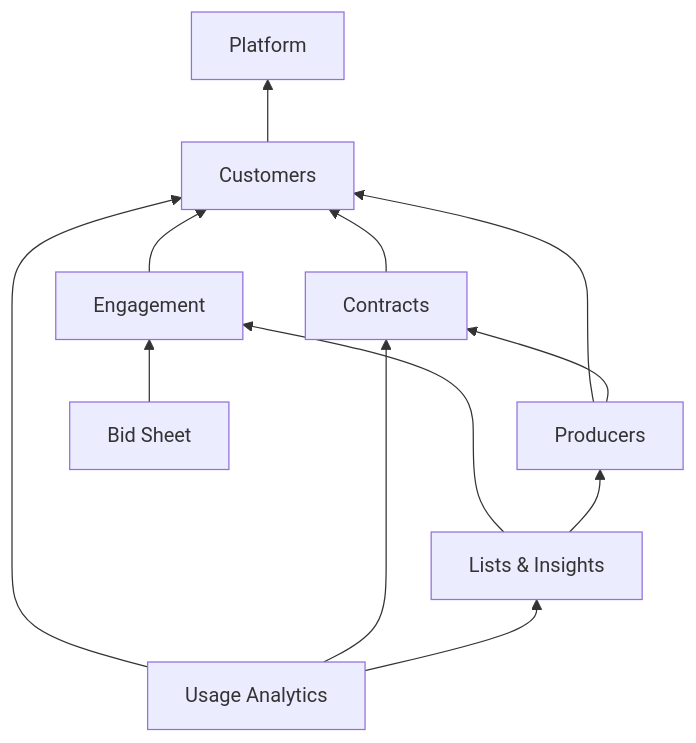
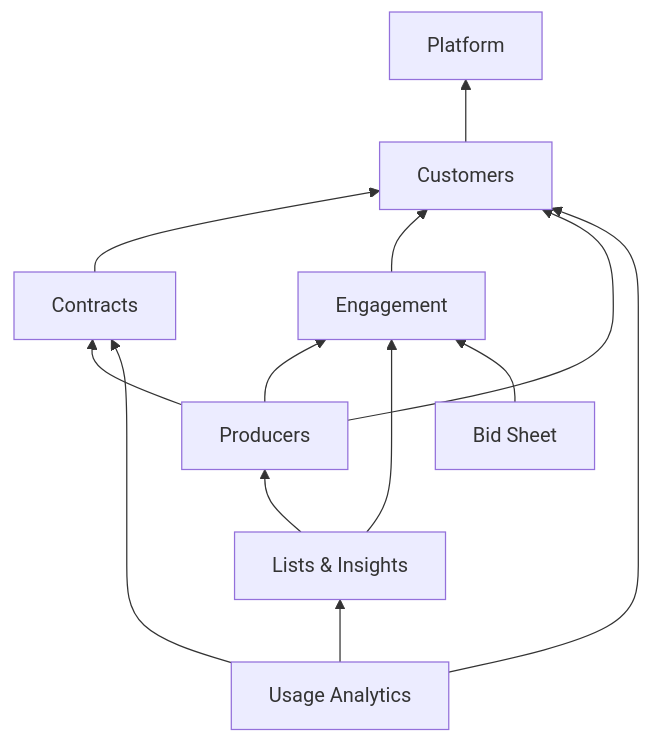
Before and after one commit to GrosseLimace/origination: the diagram in agents-docs/plans/plan-modular-architecture.md, drawn with Mermaid. The commit also changed other lines of this file and 79 other files, not shown here.

````diff
--- a/agents-docs/plans/plan-modular-architecture.md
+++ b/agents-docs/plans/plan-modular-architecture.md
@@ -124,15 +124,16 @@
 ```mermaid
 flowchart BT
     Platform
     Customers --> Platform
     Contracts --> Customers
     Engagement --> Customers
     Producers --> Contracts
+    Producers --> Engagement
     Producers --> Customers
     Lists[Lists & Insights] --> Producers
     Lists --> Engagement
     BidSheet[Bid Sheet] --> Engagement
     Usage[Usage Analytics] --> Lists
     Usage --> Contracts
     Usage --> Customers
 ```
````
